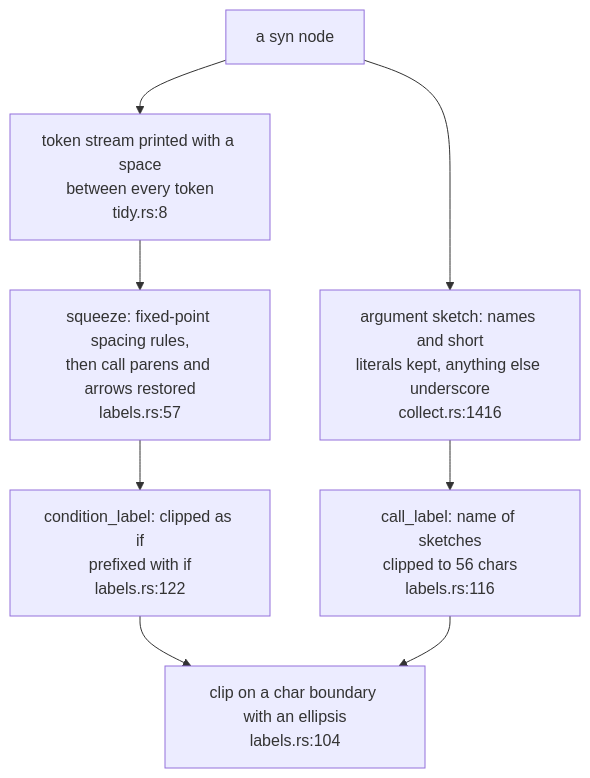
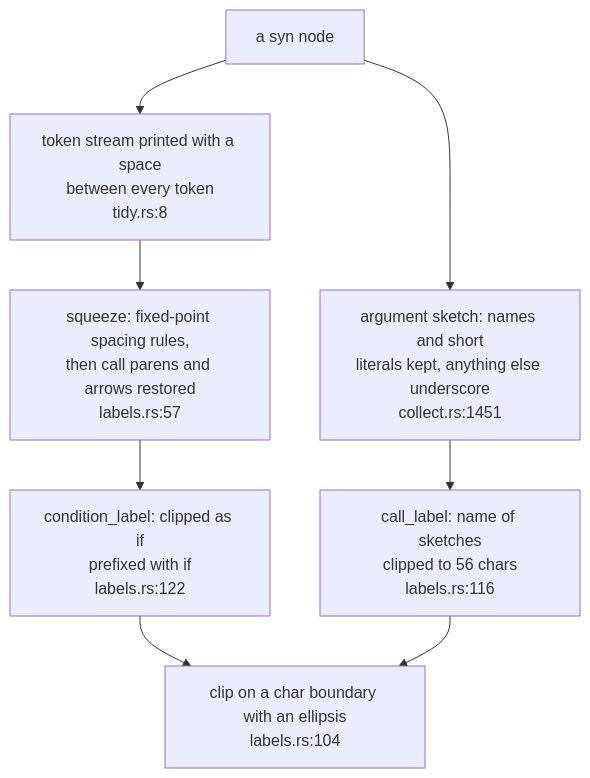
The fifth of 5 diagrams in docs/diagrams/extract/04-lowering-confidence-and-labels.md (DreamLab-AI/codemaid), drawn with Mermaid before and after one commit. The commit also changed other lines of this file and 8 other files, not shown here.

First line of the commit message:
docs(diagrams): restamp the extract topics to fec7aff; record the generics fix

````diff
--- a/docs/diagrams/extract/04-lowering-confidence-and-labels.md
+++ b/docs/diagrams/extract/04-lowering-confidence-and-labels.md
@@ -204,13 +204,13 @@
 ```mermaid
 flowchart TB
     T["a syn node"]
     TS["token stream printed with a space<br/>between every token<br/>tidy.rs:8"]
     SQ["squeeze: fixed-point spacing rules,<br/>then call parens and arrows restored<br/>labels.rs:57"]
-    AS["argument sketch: names and short<br/>literals kept, anything else underscore<br/>collect.rs:1416"]
+    AS["argument sketch: names and short<br/>literals kept, anything else underscore<br/>collect.rs:1451"]
     CL["call_label: name of sketches<br/>clipped to 56 chars<br/>labels.rs:116"]
     CO["condition_label: clipped as if<br/>prefixed with if<br/>labels.rs:122"]
     CP["clip on a char boundary with an ellipsis<br/>labels.rs:104"]
     T --> TS --> SQ
     SQ --> CO --> CP
     T --> AS --> CL --> CP
 ```
````
